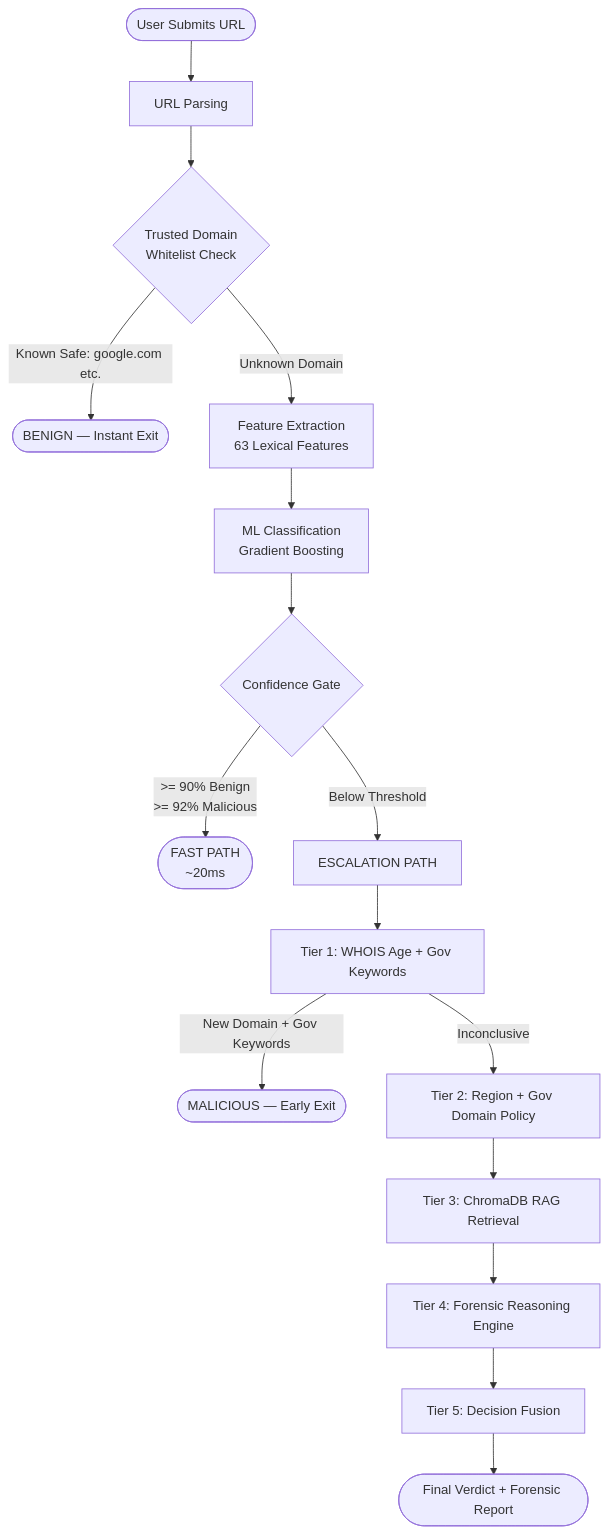
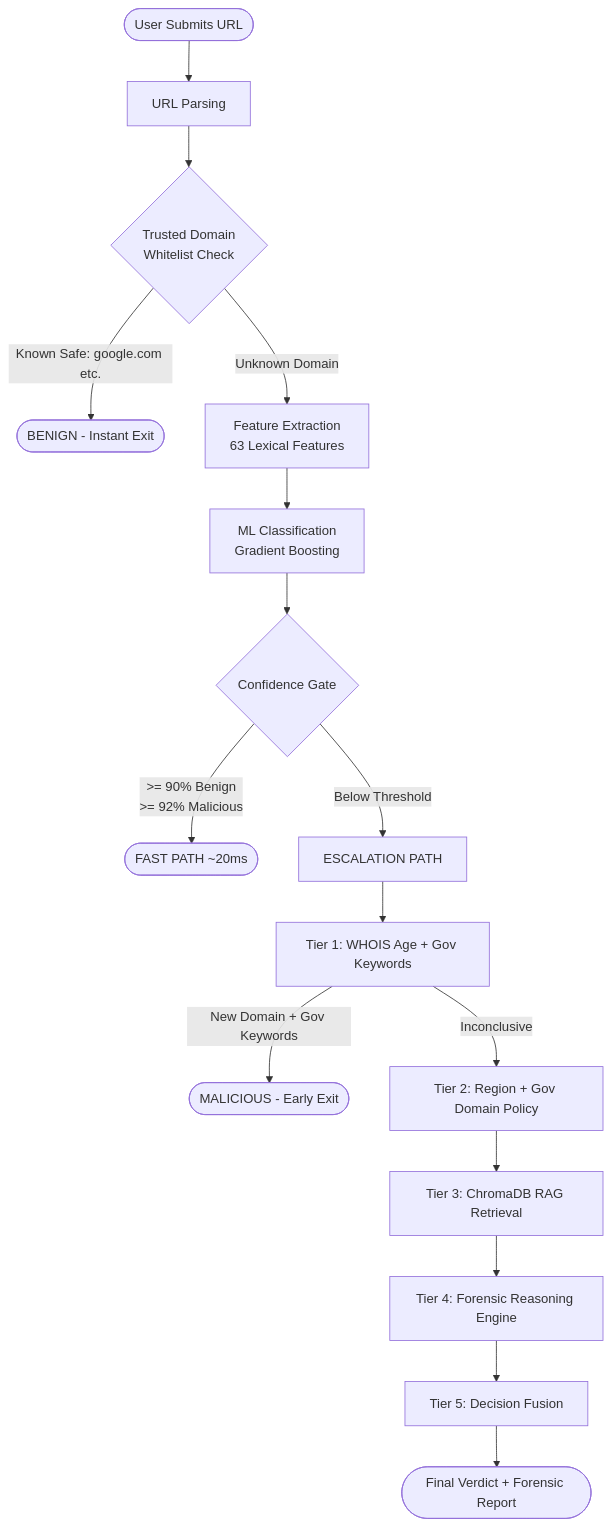
One commit to Sharvani-Shriya/URL-Sentinel changed the first of 5 diagrams in README.md. Above: the diagram before and after it, drawn with Mermaid. The commit also changed other lines of this file, not shown here.

````diff
--- a/README.md
+++ b/README.md
@@ -88,23 +88,22 @@
 ```mermaid
 flowchart TD
-    A([User Submits URL]) --> B[URL Parsing]
+    A(["User Submits URL"]) --> B[URL Parsing]
     B --> C{Trusted Domain
 Whitelist Check}
-    C -->|Known Safe: google.com etc.| D([BENIGN — Instant Exit])
+    C -->|Known Safe: google.com etc.| D(["BENIGN - Instant Exit"])
     C -->|Unknown Domain| E[Feature Extraction
 63 Lexical Features]
     E --> F[ML Classification
 Gradient Boosting]
     F --> G{Confidence Gate}
     G -->|>= 90% Benign
->= 92% Malicious| H([FAST PATH
-~20ms])
+>= 92% Malicious| H(["FAST PATH ~20ms"])
     G -->|Below Threshold| I[ESCALATION PATH]
     I --> J[Tier 1: WHOIS Age + Gov Keywords]
-    J -->|New Domain + Gov Keywords| K([MALICIOUS — Early Exit])
+    J -->|New Domain + Gov Keywords| K(["MALICIOUS - Early Exit"])
     J -->|Inconclusive| L[Tier 2: Region + Gov Domain Policy]
     L --> M[Tier 3: ChromaDB RAG Retrieval]
     M --> N[Tier 4: Forensic Reasoning Engine]
     N --> O[Tier 5: Decision Fusion]
-    O --> P([Final Verdict + Forensic Report])
+    O --> P(["Final Verdict + Forensic Report"])
 ```
````
